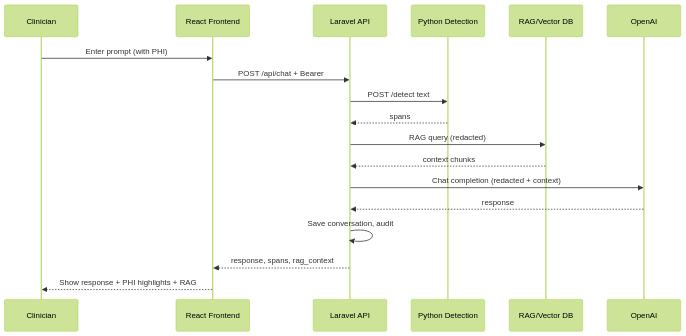
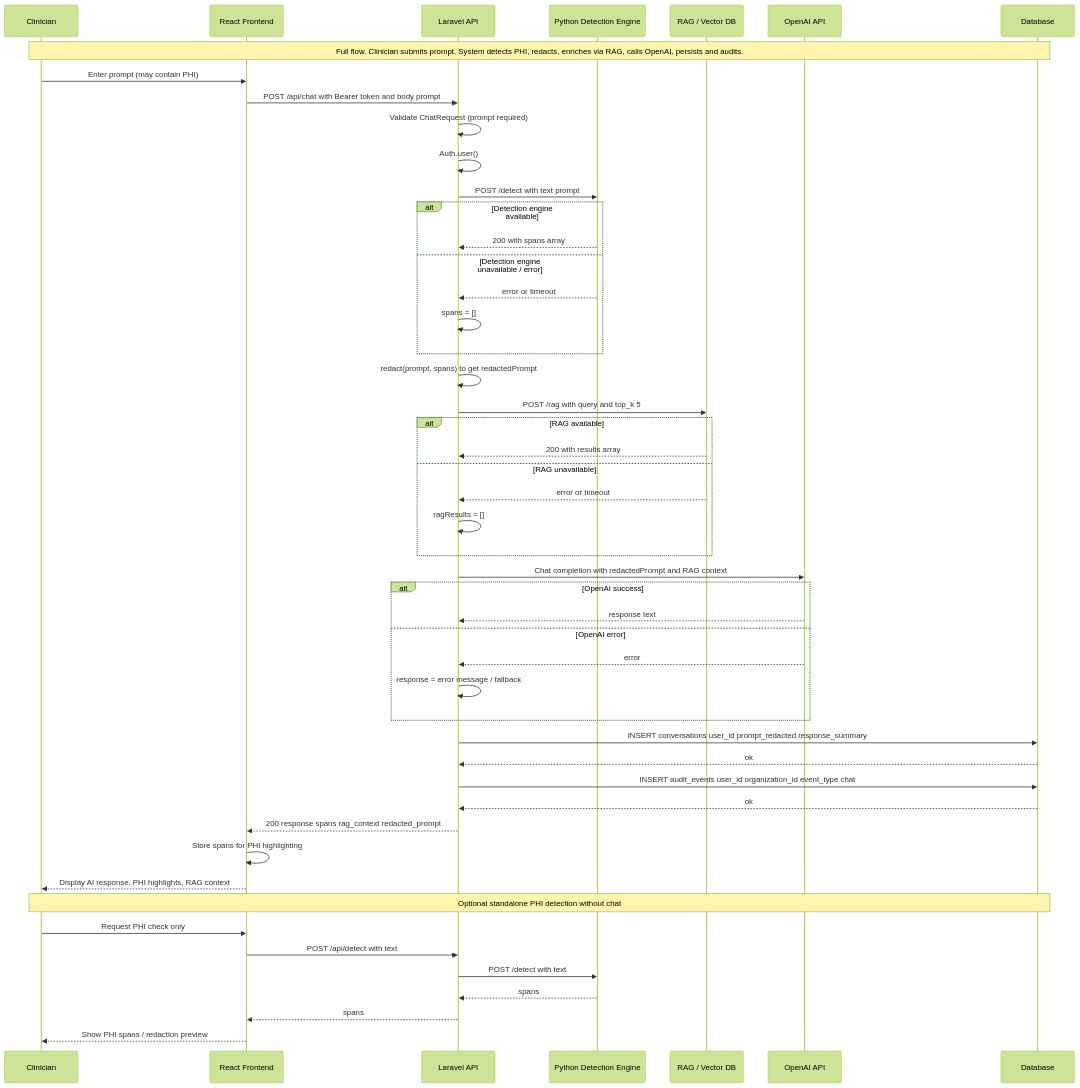
One commit to me12free/clinguard-ai-shield changed the second of 6 diagrams in docs/Diagrams/DIAGRAMS_PREVIEW.md. Above: the diagram before and after it, drawn with Mermaid (forest theme). The commit also changed other lines of this file and 50 other files, not shown here.

First line of the commit message:
docs: add detailed diagrams and logical schema documentation for ClinGuard

````diff
--- a/docs/Diagrams/DIAGRAMS_PREVIEW.md
+++ b/docs/Diagrams/DIAGRAMS_PREVIEW.md
@@ -68,20 +68,65 @@
 ```mermaid
 sequenceDiagram
   participant C as Clinician
   participant F as React Frontend
   participant L as Laravel API
-  participant D as Python Detection
-  participant R as RAG/Vector DB
-  participant O as OpenAI
-  C->>F: Enter prompt (with PHI)
-  F->>L: POST /api/chat + Bearer
-  L->>D: POST /detect text
+  participant D as Python Detection Engine
+  participant R as RAG / Vector DB
+  participant O as OpenAI API
+  participant DB as Database
+
+  Note over C, DB: Full flow. Clinician submits prompt. System detects PHI, redacts, enriches via RAG, calls OpenAI, persists and audits.
+
+  C->>F: Enter prompt (may contain PHI)
+  F->>L: POST /api/chat with Bearer token and body prompt
+
+  L->>L: Validate ChatRequest (prompt required)
+  L->>L: Auth.user()
+
+  L->>D: POST /detect with text prompt
+
+  alt Detection engine available
+    D-->>L: 200 with spans array
+  else Detection engine unavailable / error
+    D-->>L: error or timeout
+    L->>L: spans = []
+  end
+
+  L->>L: redact(prompt, spans) to get redactedPrompt
+
+  L->>R: POST /rag with query and top_k 5
+
+  alt RAG available
+    R-->>L: 200 with results array
+  else RAG unavailable
+    R-->>L: error or timeout
+    L->>L: ragResults = []
+  end
+
+  L->>O: Chat completion with redactedPrompt and RAG context
+
+  alt OpenAI success
+    O-->>L: response text
+  else OpenAI error
+    O-->>L: error
+    L->>L: response = error message / fallback
+  end
+
+  L->>DB: INSERT conversations user_id prompt_redacted response_summary
+  DB-->>L: ok
+
+  L->>DB: INSERT audit_events user_id organization_id event_type chat
+  DB-->>L: ok
+
+  L-->>F: 200 response spans rag_context redacted_prompt
+  F->>F: Store spans for PHI highlighting
+  F-->>C: Display AI response, PHI highlights, RAG context
+
+  Note over C, DB: Optional standalone PHI detection without chat
+  C->>F: Request PHI check only
+  F->>L: POST /api/detect with text
+  L->>D: POST /detect with text
   D-->>L: spans
-  L->>R: RAG query (redacted)
-  R-->>L: context chunks
-  L->>O: Chat completion (redacted + context)
-  O-->>L: response
-  L->>L: Save conversation, audit
-  L-->>F: response, spans, rag_context
-  F-->>C: Show response + PHI highlights + RAG
+  L-->>F: spans
+  F-->>C: Show PHI spans / redaction preview
 ```
````
